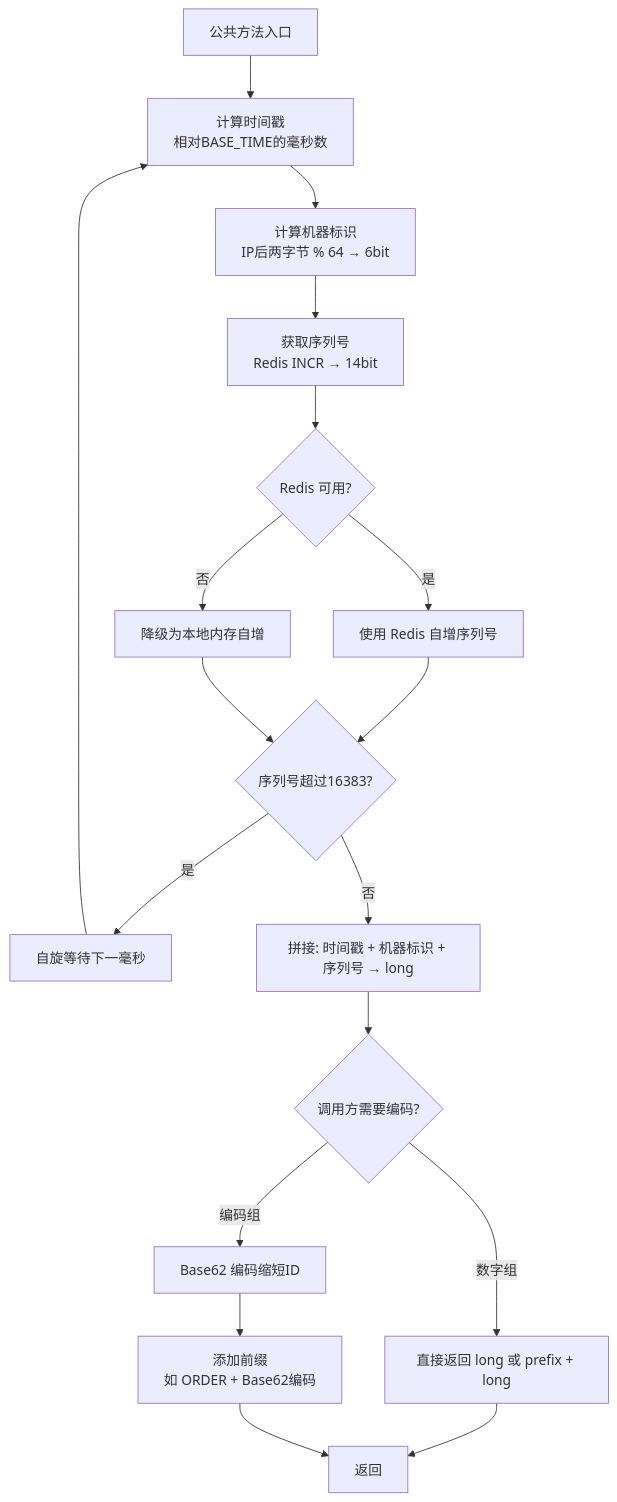
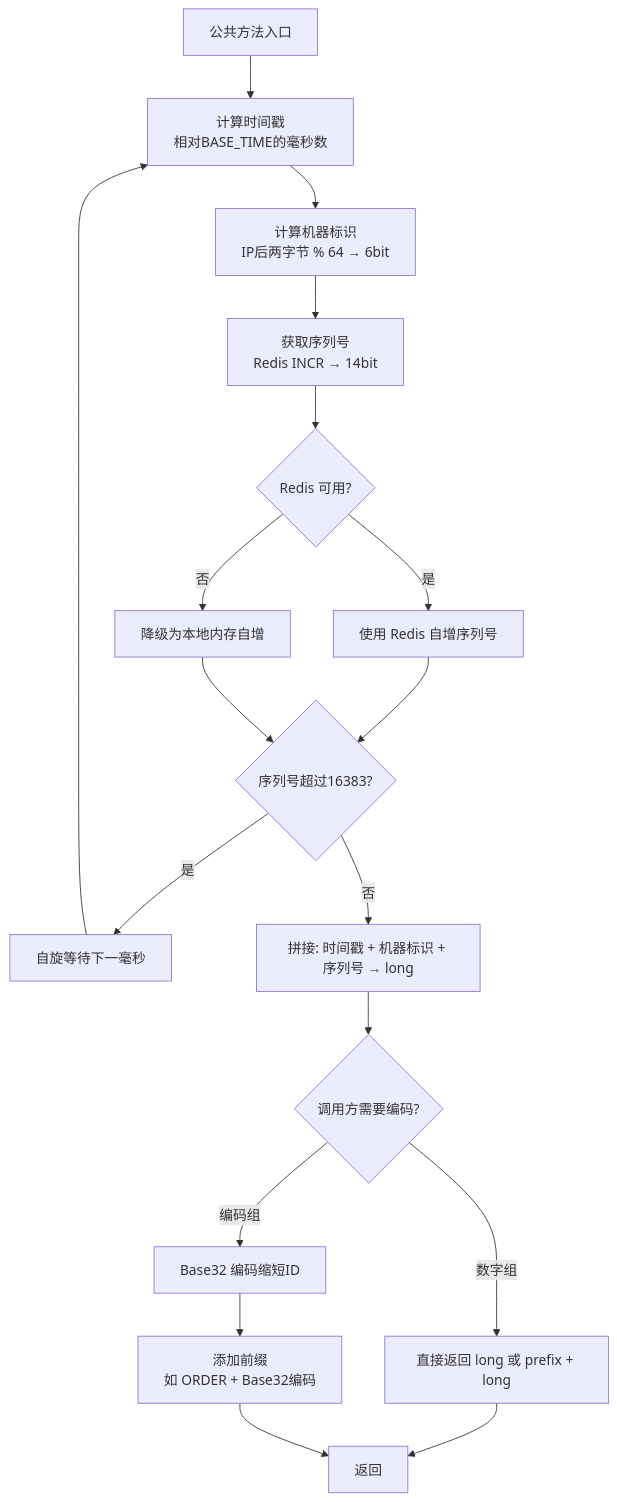
One commit to shrimp-group/sh-framework changed the diagram in docs/stories/US-018-Redis-ID生成器.md. Above: the diagram before and after it, drawn with Mermaid. The commit also changed other lines of this file and 2 other files, not shown here.

Commit message:
base62改为更安全的base32

````diff
--- a/docs/stories/US-018-Redis-ID生成器.md
+++ b/docs/stories/US-018-Redis-ID生成器.md
@@ -24,20 +26,20 @@
 ```mermaid
 flowchart TD
     A[公共方法入口] --> B[计算时间戳<br/>相对BASE_TIME的毫秒数]
     B --> C[计算机器标识<br/>IP后两字节 % 64 → 6bit]
     C --> D[获取序列号<br/>Redis INCR → 14bit]
     D --> E{Redis 可用?}
     E -->|是| F[使用 Redis 自增序列号]
     E -->|否| G[降级为本地内存自增]
     F --> H{序列号超过16383?}
     G --> H
     H -->|是| I[自旋等待下一毫秒]
     H -->|否| J[拼接: 时间戳 + 机器标识 + 序列号 → long]
     I --> B
     J --> K{调用方需要编码?}
     K -->|数字组| L[直接返回 long 或 prefix + long]
-    K -->|编码组| M[Base62 编码缩短ID]
-    M --> N[添加前缀<br/>如 ORDER + Base62编码]
+    K -->|编码组| M[Base32 编码缩短ID]
+    M --> N[添加前缀<br/>如 ORDER + Base32编码]
     L --> O[返回]
     N --> O
 ```
````
